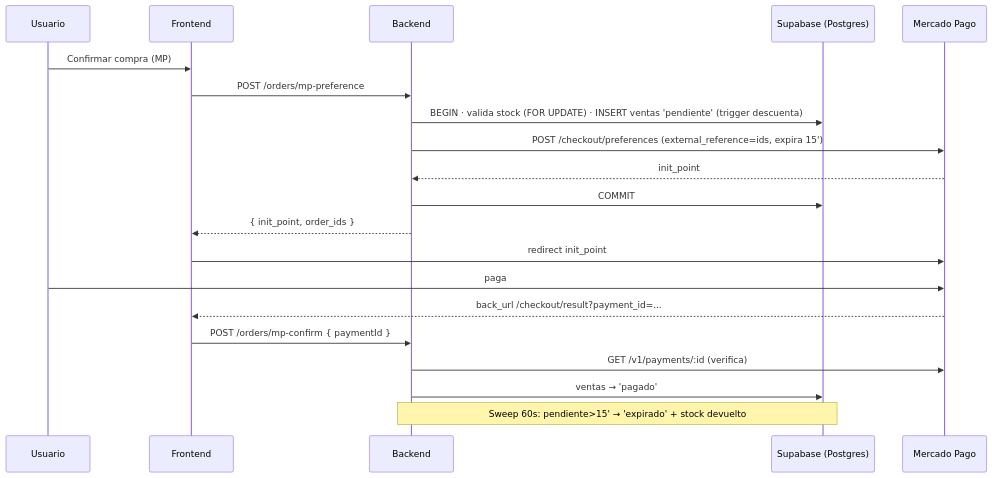
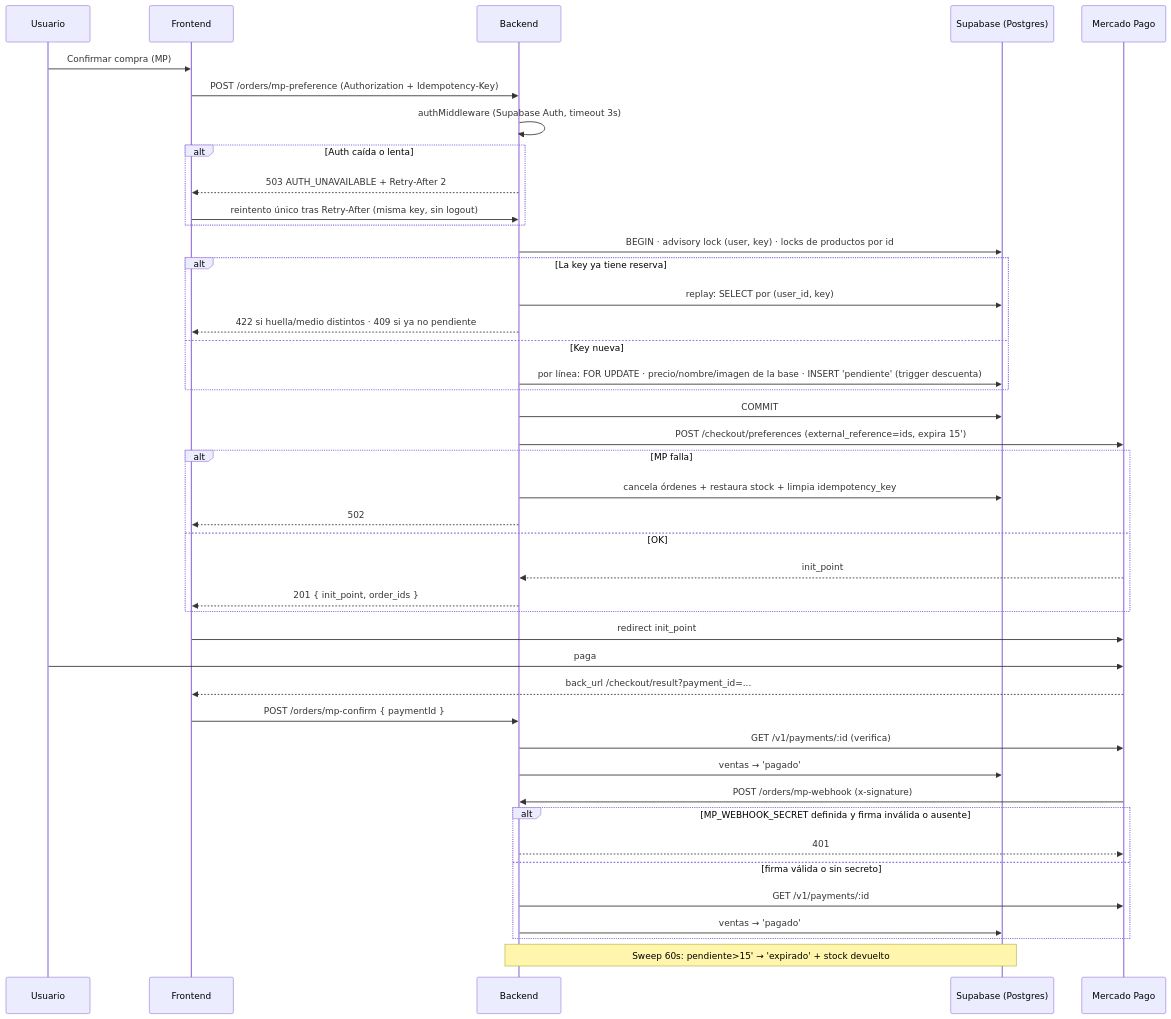
One commit to B-ayala/LIA-BACK changed the diagram in docs/flows/flow-checkout.md. Above: the diagram before and after it, drawn with Mermaid. The commit also changed other lines of this file and 3 other files, not shown here.

````diff
--- a/docs/flows/flow-checkout.md
+++ b/docs/flows/flow-checkout.md
@@ -100,23 +199,46 @@
 ```mermaid
 sequenceDiagram
   participant U as Usuario
   participant F as Frontend
   participant B as Backend
   participant DB as Supabase (Postgres)
   participant MP as Mercado Pago
 
   U->>F: Confirmar compra (MP)
-  F->>B: POST /orders/mp-preference
-  B->>DB: BEGIN · valida stock (FOR UPDATE) · INSERT ventas 'pendiente' (trigger descuenta)
+  F->>B: POST /orders/mp-preference (Authorization + Idempotency-Key)
+  B->>B: authMiddleware (Supabase Auth, timeout 3s)
+  alt Auth caída o lenta
+    B-->>F: 503 AUTH_UNAVAILABLE + Retry-After 2
+    F->>B: reintento único tras Retry-After (misma key, sin logout)
+  end
+  B->>DB: BEGIN · advisory lock (user, key) · locks de productos por id
+  alt La key ya tiene reserva
+    B->>DB: replay: SELECT por (user_id, key)
+    B-->>F: 422 si huella/medio distintos · 409 si ya no pendiente
+  else Key nueva
+    B->>DB: por línea: FOR UPDATE · precio/nombre/imagen de la base · INSERT 'pendiente' (trigger descuenta)
+  end
+  B->>DB: COMMIT
   B->>MP: POST /checkout/preferences (external_reference=ids, expira 15')
-  MP-->>B: init_point
-  B->>DB: COMMIT
-  B-->>F: { init_point, order_ids }
+  alt MP falla
+    B->>DB: cancela órdenes + restaura stock + limpia idempotency_key
+    B-->>F: 502
+  else OK
+    MP-->>B: init_point
+    B-->>F: 201 { init_point, order_ids }
+  end
   F->>MP: redirect init_point
   U->>MP: paga
   MP-->>F: back_url /checkout/result?payment_id=...
   F->>B: POST /orders/mp-confirm { paymentId }
   B->>MP: GET /v1/payments/:id (verifica)
   B->>DB: ventas → 'pagado'
+  MP->>B: POST /orders/mp-webhook (x-signature)
+  alt MP_WEBHOOK_SECRET definida y firma inválida o ausente
+    B-->>MP: 401
+  else firma válida o sin secreto
+    B->>MP: GET /v1/payments/:id
+    B->>DB: ventas → 'pagado'
+  end
   Note over B,DB: Sweep 60s: pendiente>15' → 'expirado' + stock devuelto
 ```
````
